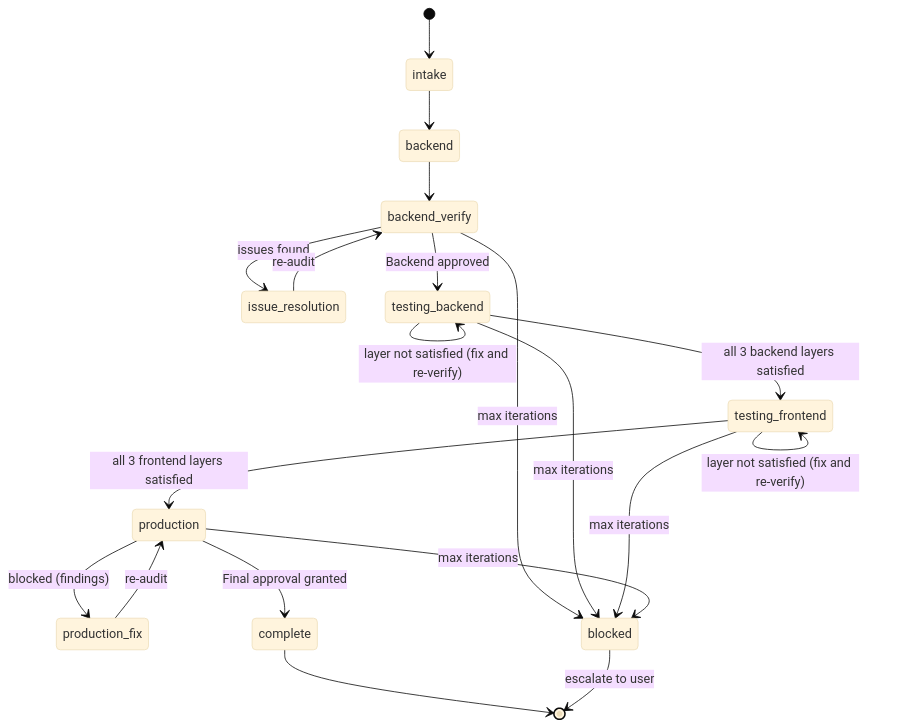
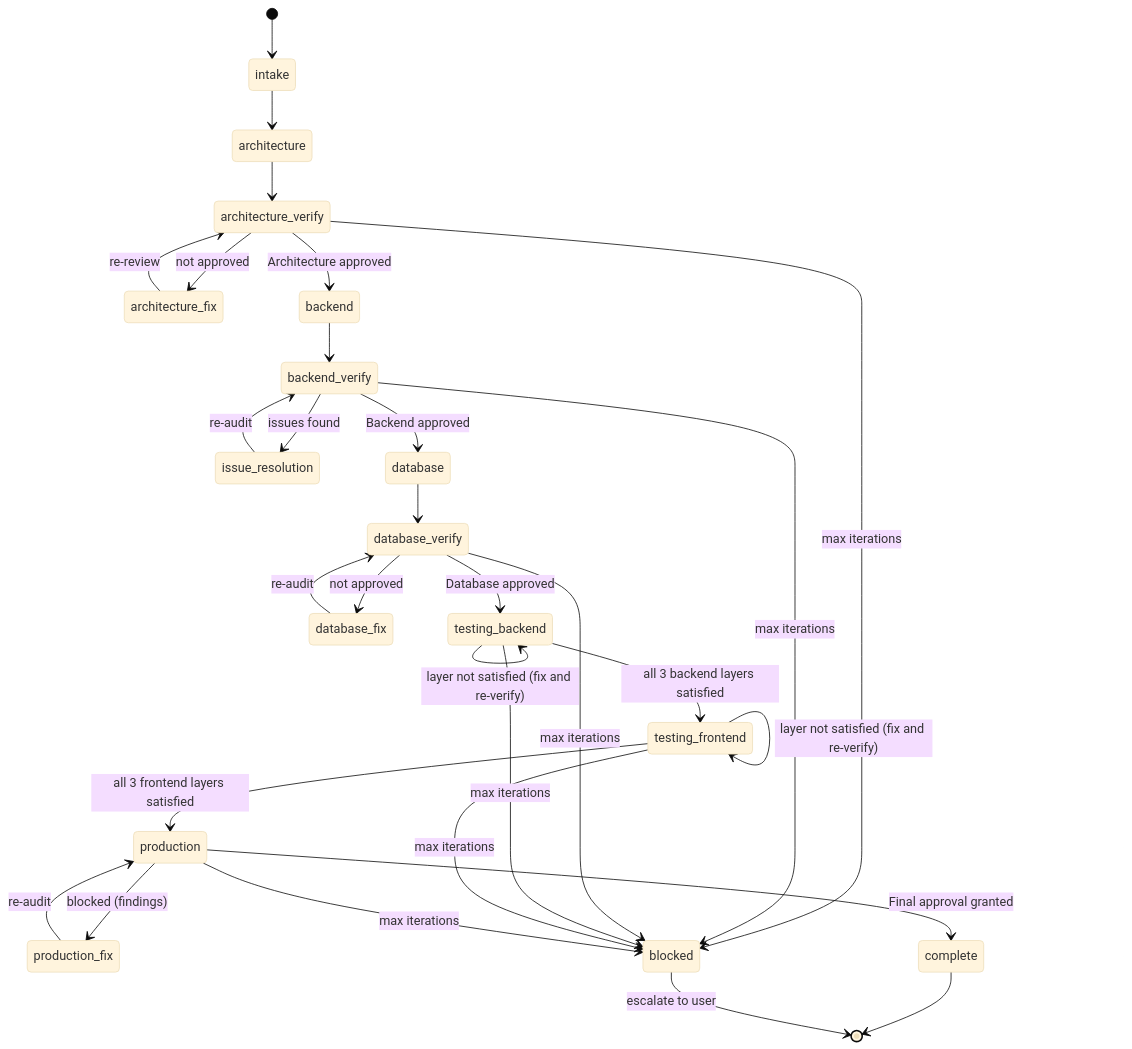
Before and after one commit to priyam-qo-box/agents: diagram 13 of 13 in .cursor/agents/ARCHITECTURE.md, drawn with Mermaid (base theme). The commit also changed other lines of this file and 11 other files, not shown here.

First line of the commit message:
Add architecture and database agents to enhance system design and integrity

````diff
--- a/.cursor/agents/ARCHITECTURE.md
+++ b/.cursor/agents/ARCHITECTURE.md
@@ -479,26 +621,38 @@
 ```mermaid
 stateDiagram-v2
     [*] --> intake
-    intake --> backend
+    intake --> architecture
+    architecture --> architecture_verify
+    architecture_verify --> architecture_fix: not approved
+    architecture_fix --> architecture_verify: re-review
+    architecture_verify --> backend: Architecture approved
+
     backend --> backend_verify
     backend_verify --> issue_resolution: issues found
     issue_resolution --> backend_verify: re-audit
-    backend_verify --> testing_backend: Backend approved
+    backend_verify --> database: Backend approved
+
+    database --> database_verify
+    database_verify --> database_fix: not approved
+    database_fix --> database_verify: re-audit
+    database_verify --> testing_backend: Database approved
 
     testing_backend --> testing_backend: layer not satisfied (fix and re-verify)
     testing_backend --> testing_frontend: all 3 backend layers satisfied
 
     testing_frontend --> testing_frontend: layer not satisfied (fix and re-verify)
     testing_frontend --> production: all 3 frontend layers satisfied
 
     production --> production_fix: blocked (findings)
     production_fix --> production: re-audit
     production --> complete: Final approval granted
     complete --> [*]
 
+    architecture_verify --> blocked: max iterations
     backend_verify --> blocked: max iterations
+    database_verify --> blocked: max iterations
     testing_backend --> blocked: max iterations
     testing_frontend --> blocked: max iterations
     production --> blocked: max iterations
     blocked --> [*]: escalate to user
 ```
````
